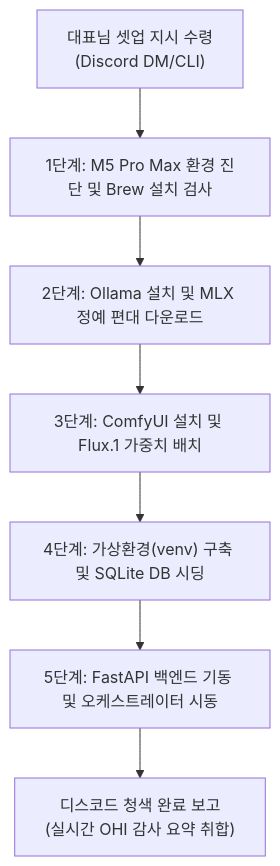
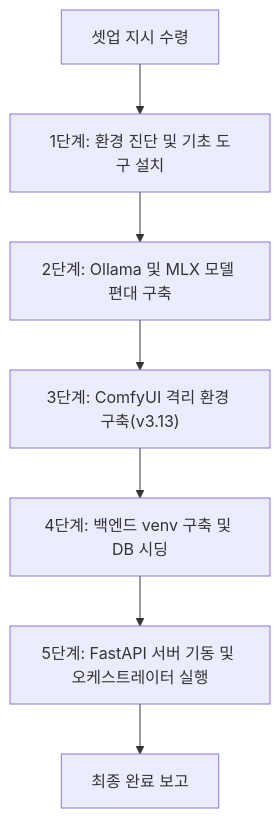
The diagram in PM_AGENT_INFRA_PROVISIONING_GUIDE.md (ChungRyong/Team-203), drawn with Mermaid before and after one commit. The commit also changed other lines of this file and 1 other file, not shown here.

````diff
--- a/PM_AGENT_INFRA_PROVISIONING_GUIDE.md
+++ b/PM_AGENT_INFRA_PROVISIONING_GUIDE.md
@@ -13,9 +10,9 @@
 ```mermaid
 graph TD
-    Start["대표님 셋업 지시 수령<br>(Discord DM/CLI)"] --> Step1["1단계: M5 Pro Max 환경 진단 및 Brew 설치 검사"]
-    Step1 --> Step2["2단계: Ollama 설치 및 MLX 정예 편대 다운로드"]
-    Step2 --> Step3["3단계: ComfyUI 설치 및 Flux.1 가중치 배치"]
-    Step3 --> Step4["4단계: 가상환경(venv) 구축 및 SQLite DB 시딩"]
-    Step4 --> Step5["5단계: FastAPI 백엔드 기동 및 오케스트레이터 시동"]
-    Step5 --> End["디스코드 청색 완료 보고<br>(실시간 OHI 감사 요약 취합)"]
+    Start["셋업 지시 수령"] --> Step1["1단계: 환경 진단 및 기초 도구 설치"]
+    Step1 --> Step2["2단계: Ollama 및 MLX 모델 편대 구축"]
+    Step2 --> Step3["3단계: ComfyUI 격리 환경 구축(v3.13)"]
+    Step3 --> Step4["4단계: 백엔드 venv 구축 및 DB 시딩"]
+    Step4 --> Step5["5단계: FastAPI 서버 기동 및 오케스트레이터 실행"]
+    Step5 --> End["최종 완료 보고"]
 ```
````
